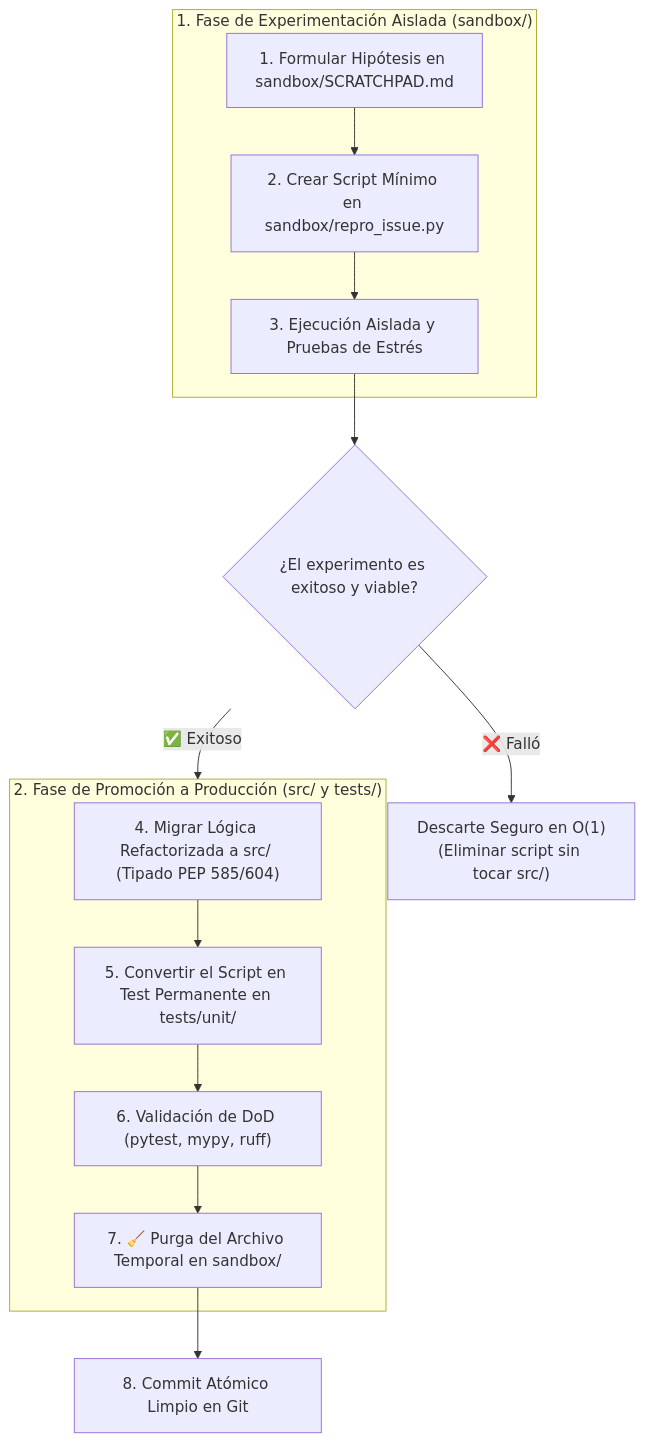
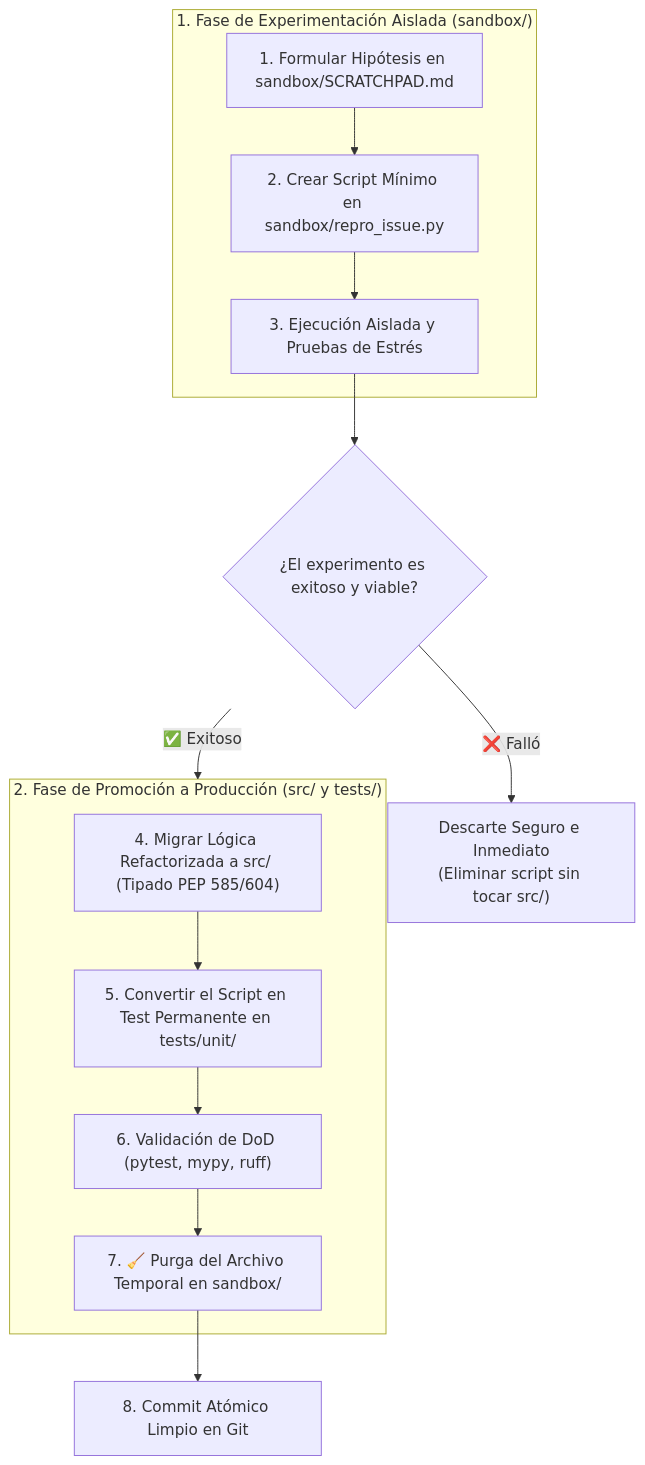
Before and after one commit to NeruDev/BASE-IA: the first of 2 diagrams in formato_minimo/sandbox_guide.md, drawn with Mermaid. The commit also changed other lines of this file and 56 other files, not shown here.

````diff
--- a/formato_minimo/sandbox_guide.md
+++ b/formato_minimo/sandbox_guide.md
@@ -29,20 +29,20 @@
 ```mermaid
 flowchart TD
     subgraph Fase_Exploracion ["1. Fase de Experimentación Aislada (sandbox/)"]
         H1["1. Formular Hipótesis en sandbox/SCRATCHPAD.md"] --> H2["2. Crear Script Mínimo en sandbox/repro_issue.py"]
         H2 --> H3["3. Ejecución Aislada y Pruebas de Estrés"]
     end
 
     H3 --> Decision{"¿El experimento es exitoso y viable?"}
 
-    Decision -->|"❌ Falló"| Discard["Descarte Seguro en O(1)<br/>(Eliminar script sin tocar src/)"]
+    Decision -->|"❌ Falló"| Discard["Descarte Seguro e Inmediato<br/>(Eliminar script sin tocar src/)"]
     Decision -->|"✅ Exitoso"| Fase_Promocion
 
     subgraph Fase_Promocion ["2. Fase de Promoción a Producción (src/ y tests/)"]
         P1["4. Migrar Lógica Refactorizada a src/ (Tipado PEP 585/604)"] --> P2["5. Convertir el Script en Test Permanente en tests/unit/"]
         P2 --> P3["6. Validación de DoD (pytest, mypy, ruff)"]
         P3 --> P4["7. 🧹 Purga del Archivo Temporal en sandbox/"]
     end
 
     P4 --> Commit["8. Commit Atómico Limpio en Git"]
 ```
````
